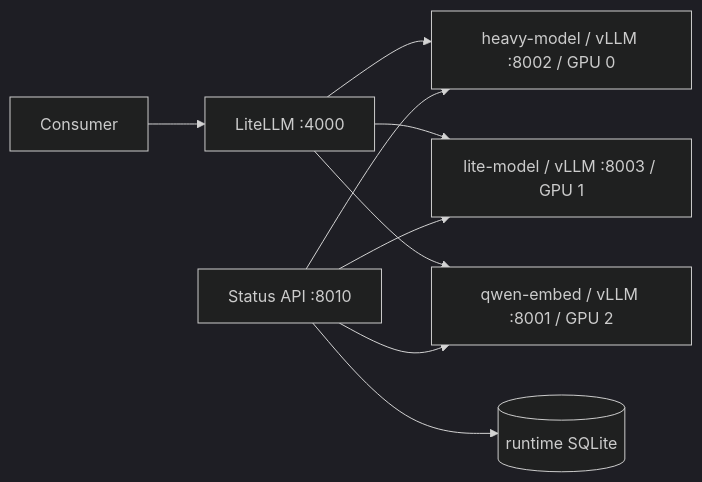
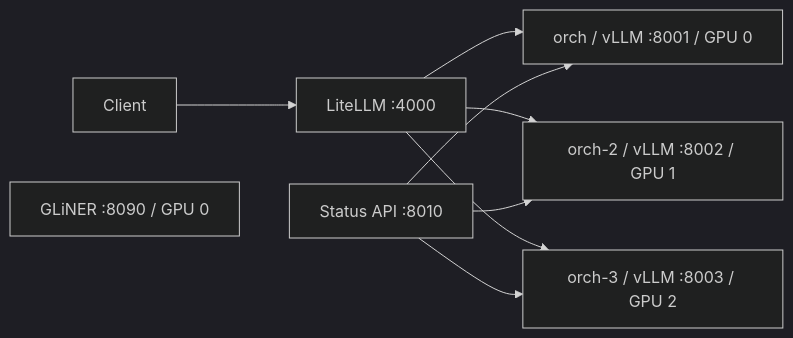
Before and after one commit to guptaaditya746/thesis-llm-setup: the diagram in README.md, drawn with Mermaid (dark theme). The commit also changed other lines of this file and 47 other files, not shown here.

````diff
--- a/README.md
+++ b/README.md
@@ -5,11 +7,9 @@
 ```mermaid
 flowchart LR
-  C[Consumer] --> L[LiteLLM :4000]
-  L --> H[heavy-model / vLLM :8002 / GPU 0]
-  L --> S[lite-model / vLLM :8003 / GPU 1]
-  L --> E[qwen-embed / vLLM :8001 / GPU 2]
-  A[Status API :8010] --> H
-  A --> S
-  A --> E
-  A --> D[(runtime SQLite)]
+  C[Client] --> L[LiteLLM :4000]
+  L --> R1[orch / vLLM :8001 / GPU 0]
+  L --> R2[orch-2 / vLLM :8002 / GPU 1]
+  L --> R3[orch-3 / vLLM :8003 / GPU 2]
+  G[GLiNER :8090 / GPU 0]
+  A[Status API :8010] --> R1 & R2 & R3
 ```
````
